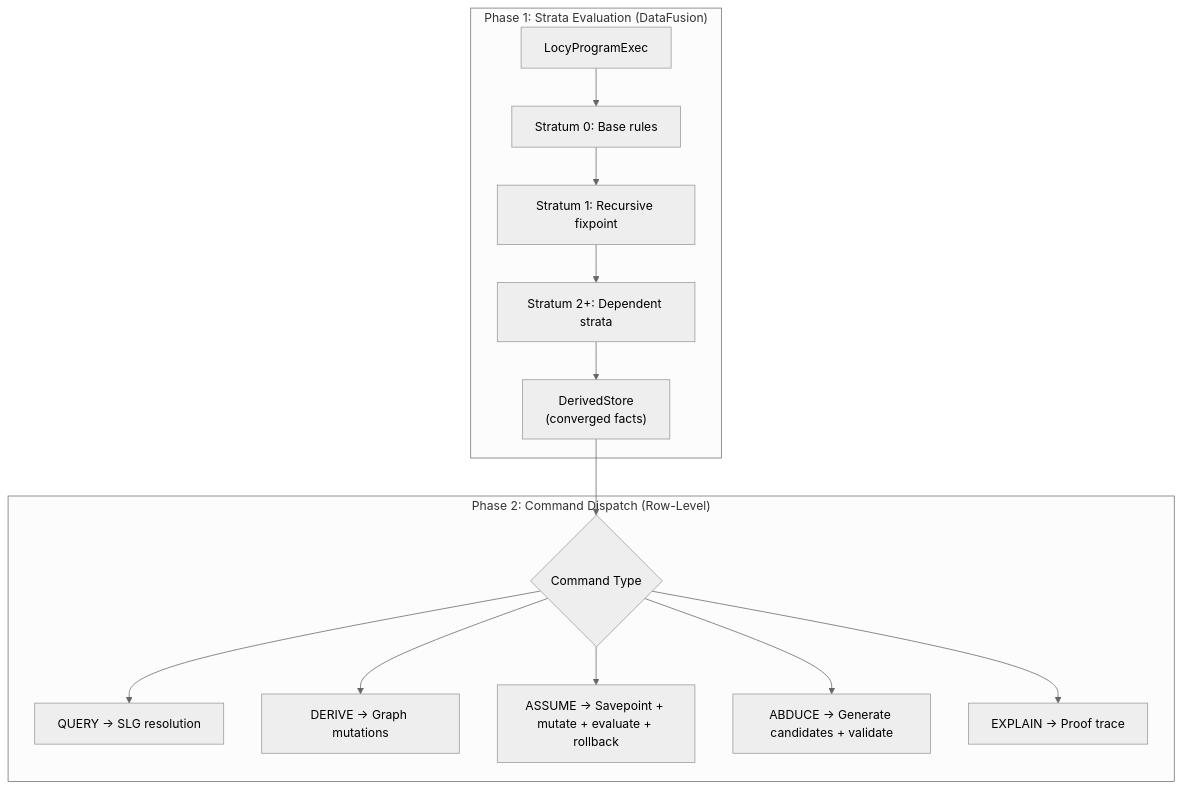
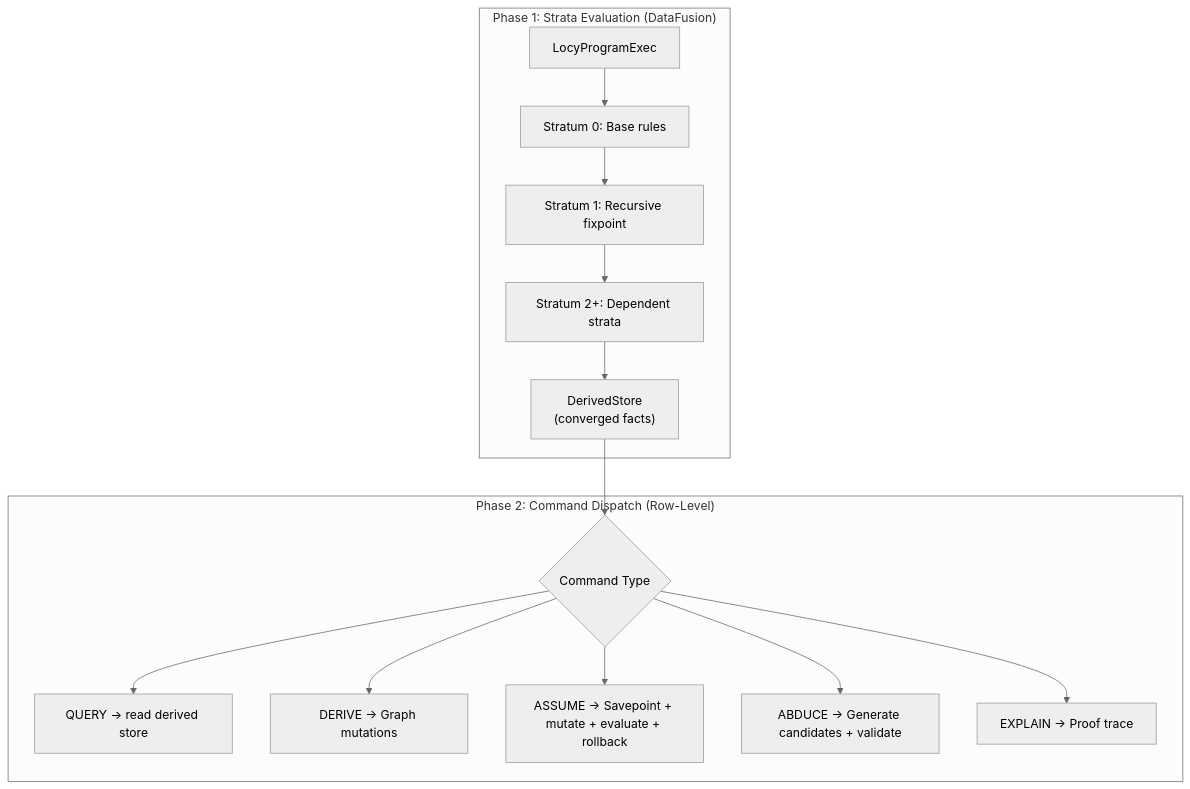
Before and after one commit to milliondreams/uni-db: the fourth of 6 diagrams in docs/complete_locy.md, drawn with Mermaid (neutral theme). The commit also changed other lines of this file and 37 other files, not shown here.

````diff
--- a/docs/complete_locy.md
+++ b/docs/complete_locy.md
@@ -1039,18 +1039,18 @@
 ```mermaid
 graph TB
     subgraph "Phase 1: Strata Evaluation (DataFusion)"
         LP["LocyProgramExec"] --> S0["Stratum 0: Base rules"]
         S0 --> S1["Stratum 1: Recursive fixpoint"]
         S1 --> S2["Stratum 2+: Dependent strata"]
         S2 --> DS["DerivedStore<br/>(converged facts)"]
     end
 
     subgraph "Phase 2: Command Dispatch (Row-Level)"
         DS --> CMD{"Command Type"}
-        CMD --> QRY["QUERY → SLG resolution"]
+        CMD --> QRY["QUERY → read derived store"]
         CMD --> DER["DERIVE → Graph mutations"]
         CMD --> ASM["ASSUME → Savepoint + mutate + evaluate + rollback"]
         CMD --> ABD["ABDUCE → Generate candidates + validate"]
         CMD --> EXP["EXPLAIN → Proof trace"]
     end
 ```
````
